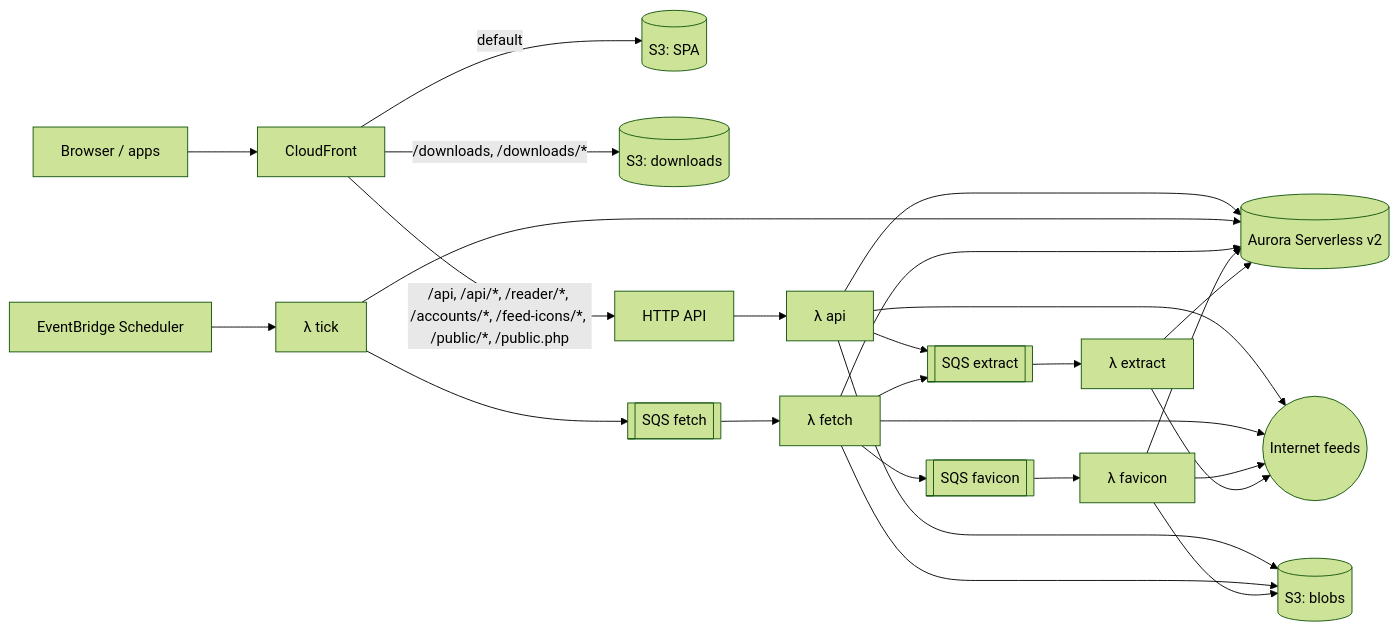
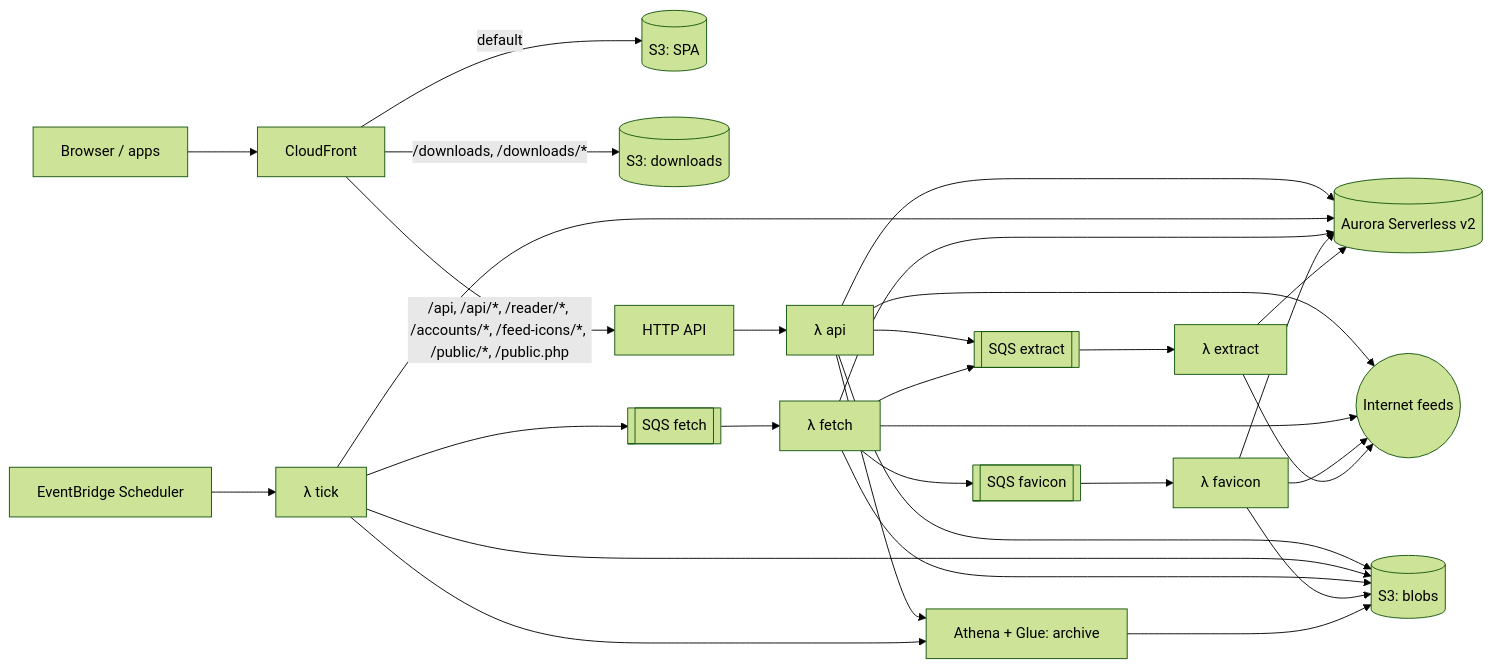
The diagram in docs/architecture.md (newses-app/newses), drawn with Mermaid (forest theme) before and after one commit. The commit also changed other lines of this file and 43 other files, not shown here.

````diff
--- a/docs/architecture.md
+++ b/docs/architecture.md
@@ -375,14 +382,15 @@
 ```mermaid
 flowchart LR
   U[Browser / apps] --> CF[CloudFront]
   CF -- default --> S3W[(S3: SPA)]
   CF -- "/downloads, /downloads/*" --> S3D[(S3: downloads)]
   CF -- "/api, /api/*, /reader/*, /accounts/*, /feed-icons/*, /public/*, /public.php" --> API[HTTP API] --> FA[λ api]
   EB[EventBridge Scheduler] --> FT[λ tick]
   FT --> QF[[SQS fetch]] --> FF[λ fetch]
   FF --> QI[[SQS favicon]] --> FI[λ favicon]
   FA & FF --> QX[[SQS extract]] --> FX[λ extract]
   FA & FT & FF & FI & FX --> DB[(Aurora Serverless v2)]
-  FA & FF & FI --> S3B[(S3: blobs)]
+  FA & FT & FF & FI --> S3B[(S3: blobs)]
+  FA & FT --> ATH[Athena + Glue: archive] --> S3B
   FA & FF & FI & FX --> NET((Internet feeds))
 ```
````
